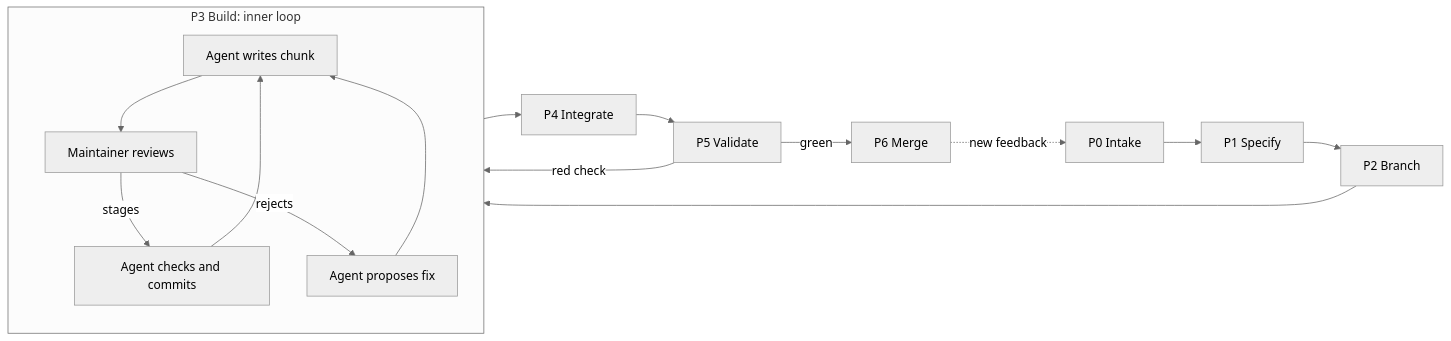
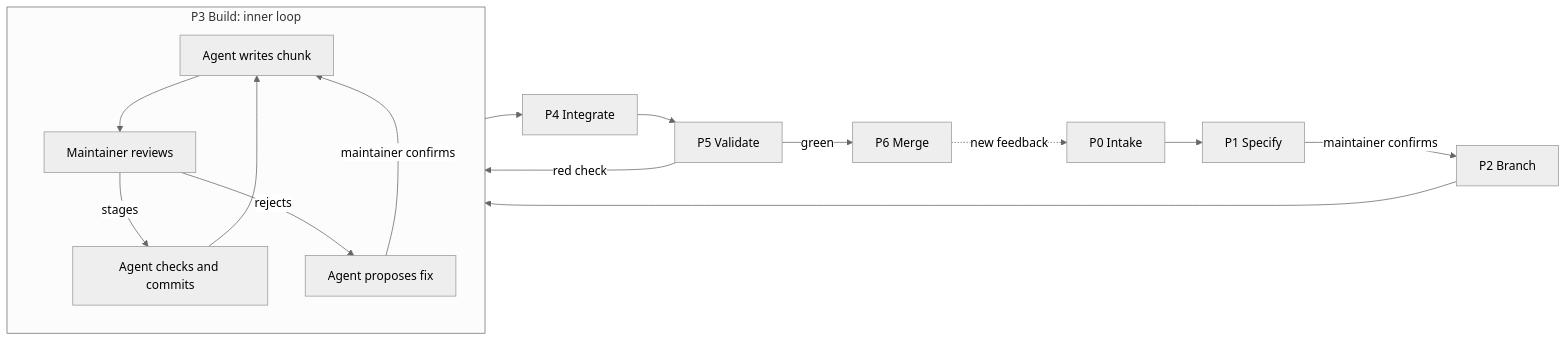
One commit to julienbrg/hug changed the diagram in article/hug-flow.md. Above: the diagram before and after it, drawn with Mermaid (neutral theme). The commit also changed other lines of this file and 2 other files, not shown here.

First line of the commit message:
Improve the HuG Flow spec (#21)

````diff
--- a/article/hug-flow.md
+++ b/article/hug-flow.md
@@ -71,18 +81,18 @@
 ```mermaid
 flowchart LR
     P0[P0 Intake] --> P1[P1 Specify]
-    P1 --> P2[P2 Branch]
+    P1 -->|maintainer confirms| P2[P2 Branch]
     P2 --> P3
     subgraph P3 [P3 Build: inner loop]
         W[Agent writes chunk] --> R[Maintainer reviews]
         R -->|stages| C[Agent checks and commits]
         R -->|rejects| F[Agent proposes fix]
-        F --> W
+        F -->|maintainer confirms| W
         C --> W
     end
     P3 --> P4[P4 Integrate]
     P4 --> P5[P5 Validate]
     P5 -->|red check| P3
     P5 -->|green| P6[P6 Merge]
     P6 -.->|new feedback| P0
 ```
````
